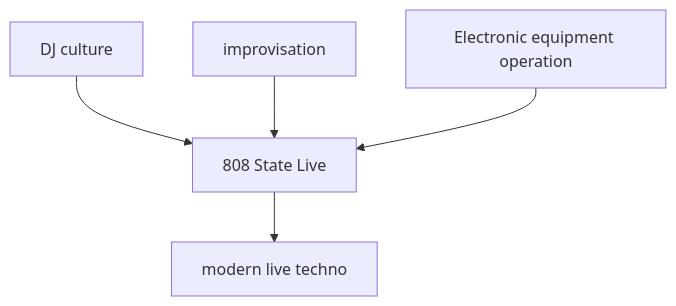
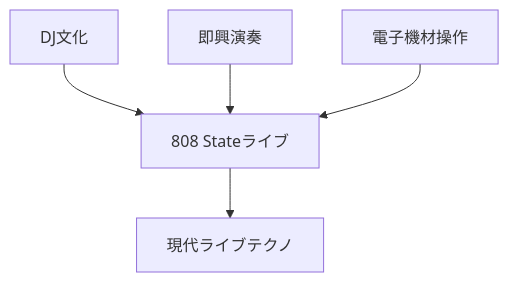
The ninth of 17 diagrams in en/_posts/2026-05-24-column-808-state.md (monumental-movement/monumental-movement.github.io), drawn with Mermaid before and after one commit. The commit also changed other lines of this file and 2196 other files, not shown here.

```diff
--- a/en/_posts/2026-05-24-column-808-state.md
+++ b/en/_posts/2026-05-24-column-808-state.md
@@ -337,7 +336,7 @@
 <div class="mermaid">
 flowchart TD
-A[DJ culture] --> D[808 State Live]
-B[improvisation] --> D
-C[Electronic equipment operation] --> D
-D --> E[modern live techno]
+A[DJ文化] --> D[808 Stateライブ]
+B[即興演奏] --> D
+C[電子機材操作] --> D
+D --> E[現代ライブテクノ]
 </div>
```
